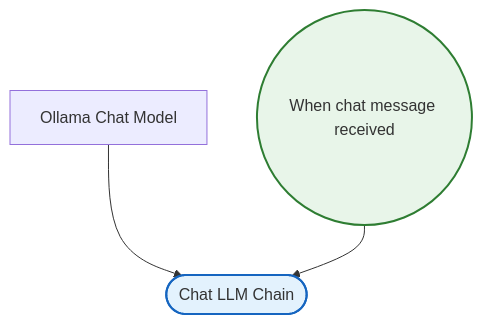
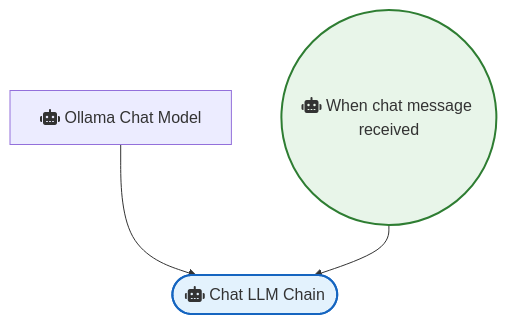
The diagram in OpenAI_and_LLMs/Chat with local LLMs using n8n and Ollama.md (sreyash3105/N8N-DEMO-AUTOMATIONS), drawn with Mermaid before and after one commit. The commit also changed 291 other files, not shown here.

````diff
--- a/OpenAI_and_LLMs/Chat with local LLMs using n8n and Ollama.md
+++ b/OpenAI_and_LLMs/Chat with local LLMs using n8n and Ollama.md
@@ -1,13 +1,13 @@
 ```mermaid
 graph TD
     classDef trigger fill:#e8f5e9,stroke:#2e7d32,stroke-width:2px;
     classDef ai fill:#e3f2fd,stroke:#1565c0,stroke-width:2px;
     classDef logic fill:#fff3e0,stroke:#ef6c00,stroke-width:2px;
 
-    When_chat_message_received(("When chat message received")):::trigger
-    Ollama_Chat_Model["Ollama Chat Model"]
-    Chat_LLM_Chain(["Chat LLM Chain"]):::ai
+    When_chat_message_received(("fas:fa-robot When chat message received")):::trigger
+    Ollama_Chat_Model["fas:fa-robot Ollama Chat Model"]
+    Chat_LLM_Chain(["fas:fa-robot Chat LLM Chain"]):::ai
 
     Ollama_Chat_Model --> Chat_LLM_Chain
     When_chat_message_received --> Chat_LLM_Chain
 ```
````
